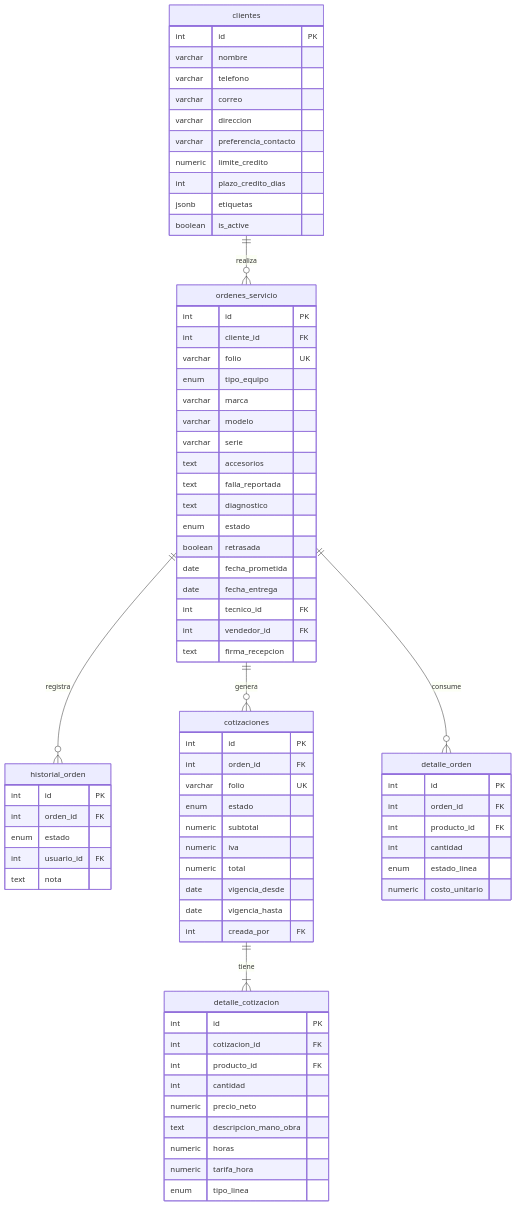
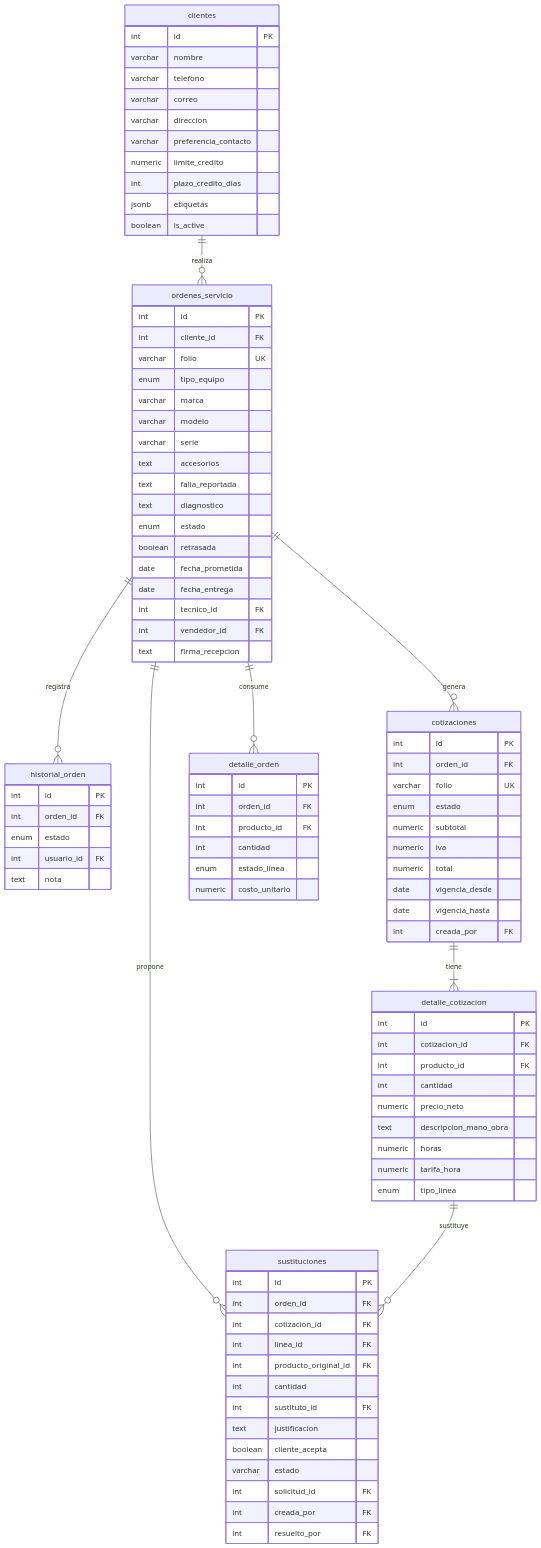
Before and after one commit to Magh97/techfix-product: the third of 5 diagrams in docs/05-data-model.md, drawn with Mermaid. The commit also changed other lines of this file and 3 other files, not shown here.

````diff
--- a/docs/05-data-model.md
+++ b/docs/05-data-model.md
@@ -143,9 +157,26 @@
         enum estado_linea
         numeric costo_unitario
     }
+    sustituciones {
+        int id PK
+        int orden_id FK
+        int cotizacion_id FK
+        int linea_id FK
+        int producto_original_id FK
+        int cantidad
+        int sustituto_id FK
+        text justificacion
+        boolean cliente_acepta
+        varchar estado
+        int solicitud_id FK
+        int creada_por FK
+        int resuelto_por FK
+    }
     clientes ||--o{ ordenes_servicio : realiza
     ordenes_servicio ||--o{ historial_orden : registra
     ordenes_servicio ||--o{ cotizaciones : genera
     cotizaciones ||--|{ detalle_cotizacion : tiene
     ordenes_servicio ||--o{ detalle_orden : consume
+    ordenes_servicio ||--o{ sustituciones : propone
+    detalle_cotizacion ||--o{ sustituciones : sustituye
 ```
````
